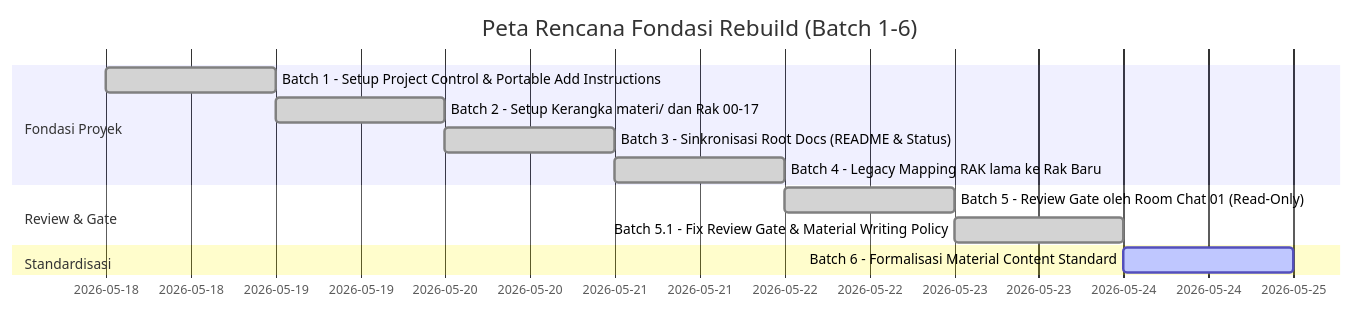
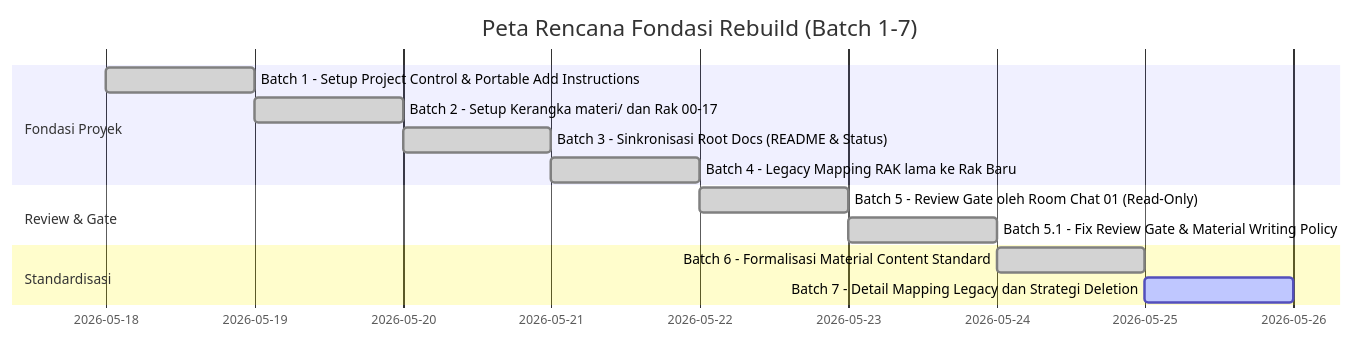
Before and after one commit to syahputrawork98-sketch/JavaScript-Learning-Hub: the diagram in docs/project/roadmap-active.md, drawn with Mermaid. The commit also changed other lines of this file and 6 other files, not shown here.

Commit message:
docs(project): add detailed legacy migration deletion plan

````diff
--- a/docs/project/roadmap-active.md
+++ b/docs/project/roadmap-active.md
@@ -9,15 +9,16 @@
 ```mermaid
 gantt
-    title Peta Rencana Fondasi Rebuild (Batch 1-6)
+    title Peta Rencana Fondasi Rebuild (Batch 1-7)
     dateFormat  YYYY-MM-DD
     section Fondasi Proyek
     Batch 1 - Setup Project Control & Portable Add Instructions :done, des1, 2026-05-18, 1d
     Batch 2 - Setup Kerangka materi/ dan Rak 00-17              :done, des2, after des1, 1d
     Batch 3 - Sinkronisasi Root Docs (README & Status)           :done, des3, after des2, 1d
     Batch 4 - Legacy Mapping RAK lama ke Rak Baru               :done, des4, after des3, 1d
     section Review & Gate
     Batch 5 - Review Gate oleh Room Chat 01 (Read-Only)          :done, des5, after des4, 1d
     Batch 5.1 - Fix Review Gate & Material Writing Policy        :done, des6, after des5, 1d
     section Standardisasi
-    Batch 6 - Formalisasi Material Content Standard              :active, des7, after des6, 1d
+    Batch 6 - Formalisasi Material Content Standard              :done, des7, after des6, 1d
+    Batch 7 - Detail Mapping Legacy dan Strategi Deletion        :active, des8, after des7, 1d
 ```
````
